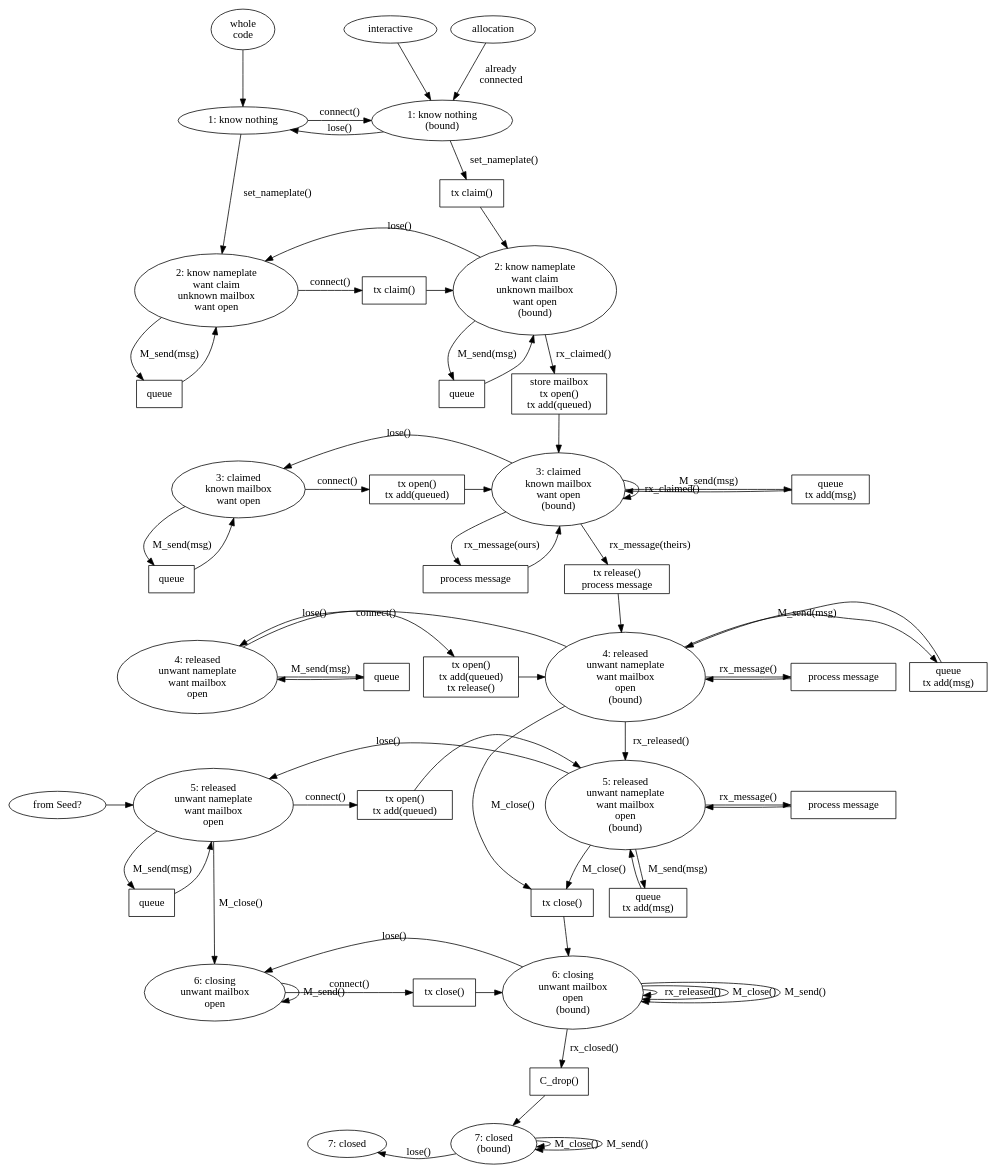
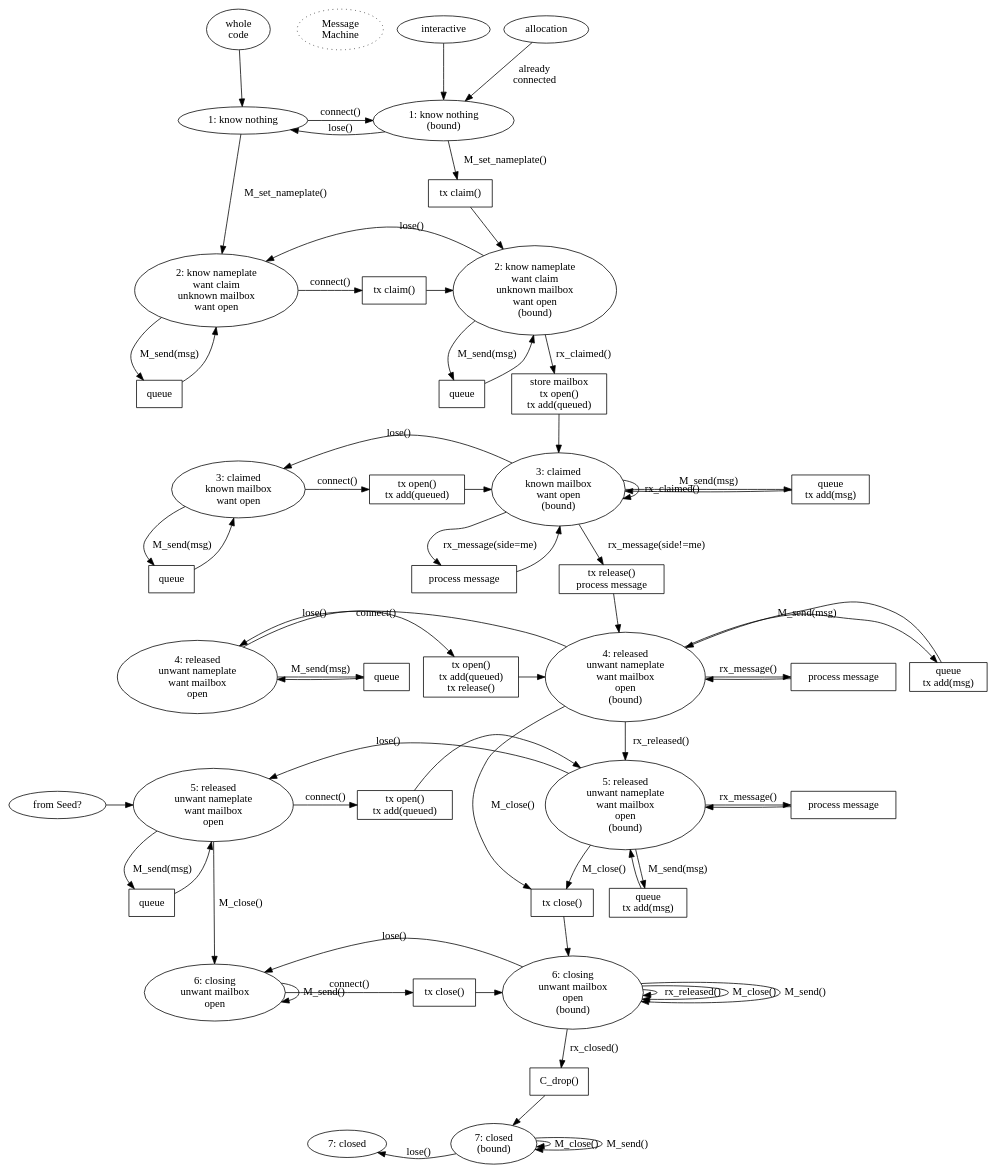
Before and after one commit to magic-wormhole/magic-wormhole: the diagram in docs/w2.dot, drawn with Graphviz.

Commit message:
w2.dot: add M_ prefix

```diff
--- a/docs/w2.dot
+++ b/docs/w2.dot
@@ -1,139 +1,144 @@
 digraph {
         /* new idea */
 
-        foo [label="whole\ncode"]
-        foo -> S1
-        allocation -> S1B [label="already\nconnected"]
-        interactive -> S1B
+        {rank=same; M_entry_whole_code M_title M_entry_allocation M_entry_interactive}
+        M_entry_whole_code [label="whole\ncode"]
+        M_entry_whole_code -> M_S1
+        M_title [label="Message\nMachine" style="dotted"]
+        M_entry_whole_code -> M_title [style="invis"]
+        M_entry_allocation [label="allocation"]
+        M_entry_allocation -> M_S1B [label="already\nconnected"]
+        M_entry_interactive [label="interactive"]
+        M_entry_interactive -> M_S1B
 
-        {rank=same; S1 S1B}
-        S1 [label="1: know nothing"]
-        S1B [label="1: know nothing\n(bound)"]
-        S1 -> S1B [label="connect()"]
-        S1B -> S1 [label="lose()"]
+        {rank=same; M_S1 M_S1B}
+        M_S1 [label="1: know nothing"]
+        M_S1B [label="1: know nothing\n(bound)"]
+        M_S1 -> M_S1B [label="connect()"]
+        M_S1B -> M_S1 [label="lose()"]
 
-        S1 -> S2 [label="set_nameplate()"]
-        S1B -> P_claim1 [label="set_nameplate()"]
-        P_claim1 [shape="box" label="tx claim()"]
-        P_claim1 -> S2B
+        M_S1 -> M_S2 [label="M_set_nameplate()"]
+        M_S1B -> M_P_claim1 [label="M_set_nameplate()"]
+        M_P_claim1 [shape="box" label="tx claim()"]
+        M_P_claim1 -> M_S2B
 
-        {rank=same; S2 S2B P_claim2}
-        S2 [label="2: know nameplate\nwant claim\nunknown mailbox\nwant open"]
-        S2B [label="2: know nameplate\nwant claim\nunknown mailbox\nwant open\n(bound)"]
-        S2 -> P_claim2 [label="connect()"]
-        S2B -> S2 [label="lose()"]
-        P_claim2 [shape="box" label="tx claim()"]
-        P_claim2 -> S2B
-        S2 -> P2_queue [label="M_send(msg)"]
-        P2_queue [shape="box" label="queue"]
-        P2_queue -> S2
-        S2B -> P2B_queue [label="M_send(msg)"]
-        P2B_queue [shape="box" label="queue"]
-        P2B_queue -> S2B
+        {rank=same; M_S2 M_S2B M_P_claim2}
+        M_S2 [label="2: know nameplate\nwant claim\nunknown mailbox\nwant open"]
+        M_S2B [label="2: know nameplate\nwant claim\nunknown mailbox\nwant open\n(bound)"]
+        M_S2 -> M_P_claim2 [label="connect()"]
+        M_S2B -> M_S2 [label="lose()"]
+        M_P_claim2 [shape="box" label="tx claim()"]
+        M_P_claim2 -> M_S2B
+        M_S2 -> M_P2_queue [label="M_send(msg)"]
+        M_P2_queue [shape="box" label="queue"]
+        M_P2_queue -> M_S2
+        M_S2B -> M_P2B_queue [label="M_send(msg)"]
+        M_P2B_queue [shape="box" label="queue"]
+        M_P2B_queue -> M_S2B
 
-        S2 -> S3 [label="(none)" style="invis"]
-        S2B -> P_open [label="rx_claimed()"]
-        P_open [shape="box" label="store mailbox\ntx open()\ntx add(queued)"]
-        P_open -> S3B
+        M_S2 -> M_S3 [label="(none)" style="invis"]
+        M_S2B -> M_P_open [label="rx_claimed()"]
+        M_P_open [shape="box" label="store mailbox\ntx open()\ntx add(queued)"]
+        M_P_open -> M_S3B
 
-        {rank=same; S3 S3B P3_open P3_send}
-        S3 [label="3: claimed\nknown mailbox\nwant open"]
-        S3B [label="3: claimed\nknown mailbox\nwant open\n(bound)"]
-        S3 -> P3_open [label="connect()"]
-        S3B -> S3 [label="lose()"]
-        /*S3B -> S2 [label="lose()"]*/ /* not worth it */
-        P3_open [shape="box" label="tx open()\ntx add(queued)"]
-        P3_open -> S3B
-        S3B -> S3B [label="rx_claimed()"]
-        S3B -> P3_send [label="M_send(msg)"]
-        P3_send [shape="box" label="queue\ntx add(msg)"]
-        P3_send -> S3B
-        S3 -> P3_queue [label="M_send(msg)"]
-        P3_queue [shape="box" label="queue"]
-        P3_queue -> S3
+        {rank=same; M_S3 M_S3B M_P3_open M_P3_send}
+        M_S3 [label="3: claimed\nknown mailbox\nwant open"]
+        M_S3B [label="3: claimed\nknown mailbox\nwant open\n(bound)"]
+        M_S3 -> M_P3_open [label="connect()"]
+        M_S3B -> M_S3 [label="lose()"]
+        /*M_S3B -> M_S2 [label="lose()"]*/ /* not worth it */
+        M_P3_open [shape="box" label="tx open()\ntx add(queued)"]
+        M_P3_open -> M_S3B
+        M_S3B -> M_S3B [label="rx_claimed()"]
+        M_S3B -> M_P3_send [label="M_send(msg)"]
+        M_P3_send [shape="box" label="queue\ntx add(msg)"]
+        M_P3_send -> M_S3B
+        M_S3 -> M_P3_queue [label="M_send(msg)"]
+        M_P3_queue [shape="box" label="queue"]
+        M_P3_queue -> M_S3
 
-        S3 -> S4 [label="(none)" style="invis"]
-        S3B -> P3_process_ours [label="rx_message(ours)"]
-        P3_process_ours [shape="box" label="process message"]
-        P3_process_ours -> S3B
-        S3B -> P3_process_theirs [label="rx_message(theirs)"]
-        P3_process_theirs [shape="box" label="tx release()\nprocess message"]
-        P3_process_theirs -> S4B
+        M_S3 -> M_S4 [label="(none)" style="invis"]
+        M_S3B -> M_P3_process_ours [label="rx_message(side=me)"]
+        M_P3_process_ours [shape="box" label="process message"]
+        M_P3_process_ours -> M_S3B
+        M_S3B -> M_P3_process_theirs [label="rx_message(side!=me)"]
+        M_P3_process_theirs [shape="box" label="tx release()\nprocess message"]
+        M_P3_process_theirs -> M_S4B
 
-        {rank=same; S4 P4_release S4B P4_process P4_send P4_queue}
-        S4 [label="4: released\nunwant nameplate\nwant mailbox\nopen\n"]
+        {rank=same; M_S4 M_P4_release M_S4B M_P4_process M_P4_send M_P4_queue}
+        M_S4 [label="4: released\nunwant nameplate\nwant mailbox\nopen\n"]
 
-        S4B [label="4: released\nunwant nameplate\nwant mailbox\nopen\n(bound)"]
-        S4 -> P4_release [label="connect()"]
+        M_S4B [label="4: released\nunwant nameplate\nwant mailbox\nopen\n(bound)"]
+        M_S4 -> M_P4_release [label="connect()"]
         /* it is currently an error to release a nameplate you aren't
         currently claiming, so release() is not idempotent. #118 fixes that */
-        P4_release [shape="box" label="tx open()\ntx add(queued)\ntx release()"]
-        /*S4B -> S4B [label="rx_claimed() *#118"]*/
-        S4B -> P_close [label="M_close()"]
-        S4B -> P4_send [label="M_send(msg)"]
-        P4_send [shape="box" label="queue\ntx add(msg)"]
-        P4_send -> S4B
-        S4 -> P4_queue [label="M_send(msg)"]
-        P4_queue [shape="box" label="queue"]
-        P4_queue -> S4
+        M_P4_release [shape="box" label="tx open()\ntx add(queued)\ntx release()"]
+        /*M_S4B -> M_S4B [label="rx_claimed() *#118"]*/
+        M_S4B -> M_P_close [label="M_close()"]
+        M_S4B -> M_P4_send [label="M_send(msg)"]
+        M_P4_send [shape="box" label="queue\ntx add(msg)"]
+        M_P4_send -> M_S4B
+        M_S4 -> M_P4_queue [label="M_send(msg)"]
+        M_P4_queue [shape="box" label="queue"]
+        M_P4_queue -> M_S4
 
-        P4_release -> S4B
-        S4B -> S4 [label="lose()"]
-        /*S4B -> S2 [label="lose()"]*/
-        S4B -> P4_process [label="rx_message()"]
-        P4_process [shape="box" label="process message"]
-        P4_process -> S4B
+        M_P4_release -> M_S4B
+        M_S4B -> M_S4 [label="lose()"]
+        /*M_S4B -> M_S2 [label="lose()"]*/
+        M_S4B -> M_P4_process [label="rx_message()"]
+        M_P4_process [shape="box" label="process message"]
+        M_P4_process -> M_S4B
 
-        S4 -> S5 [label="(none)" style="invis"]
-        S4B -> S5B [label="rx_released()"]
+        M_S4 -> M_S5 [label="(none)" style="invis"]
+        M_S4B -> M_S5B [label="rx_released()"]
 
         seed [label="from Seed?"]
-        seed -> S5
-        {rank=same; seed S5 S5B P5_open P5_process}
-        S5 [label="5: released\nunwant nameplate\nwant mailbox\nopen\n"]
-        S5B [label="5: released\nunwant nameplate\nwant mailbox\nopen\n(bound)"]
-        S5 -> P5_open [label="connect()"]
-        P5_open [shape="box" label="tx open()\ntx add(queued)"]
-        P5_open -> S5B
-        S5B -> S5 [label="lose()"]
-        S5B -> P5_process [label="rx_message()"]
-        P5_process [shape="box" label="process message"]
-        P5_process -> S5B
-        S5B -> P5_send [label="M_send(msg)"]
-        P5_send [shape="box" label="queue\ntx add(msg)"]
-        P5_send -> S5B
-        S5 -> P5_queue [label="M_send(msg)"]
-        P5_queue [shape="box" label="queue"]
-        P5_queue -> S5
+        seed -> M_S5
+        {rank=same; seed M_S5 M_S5B M_P5_open M_P5_process}
+        M_S5 [label="5: released\nunwant nameplate\nwant mailbox\nopen\n"]
+        M_S5B [label="5: released\nunwant nameplate\nwant mailbox\nopen\n(bound)"]
+        M_S5 -> M_P5_open [label="connect()"]
+        M_P5_open [shape="box" label="tx open()\ntx add(queued)"]
+        M_P5_open -> M_S5B
+        M_S5B -> M_S5 [label="lose()"]
+        M_S5B -> M_P5_process [label="rx_message()"]
+        M_P5_process [shape="box" label="process message"]
+        M_P5_process -> M_S5B
+        M_S5B -> M_P5_send [label="M_send(msg)"]
+        M_P5_send [shape="box" label="queue\ntx add(msg)"]
+        M_P5_send -> M_S5B
+        M_S5 -> M_P5_queue [label="M_send(msg)"]
+        M_P5_queue [shape="box" label="queue"]
+        M_P5_queue -> M_S5
 
-        S5 -> S6 [label="M_close()"]
-        S5B -> P_close [label="M_close()"]
-        P_close [shape="box" label="tx close()"]
-        P_close -> S6B
+        M_S5 -> M_S6 [label="M_close()"]
+        M_S5B -> M_P_close [label="M_close()"]
+        M_P_close [shape="box" label="tx close()"]
+        M_P_close -> M_S6B
 
-        {rank=same; S6 P6_close S6B}
-        S6 [label="6: closing\nunwant mailbox\nopen\n"]
-        S6B [label="6: closing\nunwant mailbox\nopen\n(bound)"]
-        S6 -> P6_close [label="connect()"]
-        P6_close [shape="box" label="tx close()"]
-        P6_close -> S6B
-        S6B -> S6 [label="lose()"]
-        S6B -> S6B [label="rx_released()"]
-        S6B -> S6B [label="M_close()"]
-        S6B -> S6B [label="M_send()"]
-        S6 -> S6 [label="M_send()"]
+        {rank=same; M_S6 M_P6_close M_S6B}
+        M_S6 [label="6: closing\nunwant mailbox\nopen\n"]
+        M_S6B [label="6: closing\nunwant mailbox\nopen\n(bound)"]
+        M_S6 -> M_P6_close [label="connect()"]
+        M_P6_close [shape="box" label="tx close()"]
+        M_P6_close -> M_S6B
+        M_S6B -> M_S6 [label="lose()"]
+        M_S6B -> M_S6B [label="rx_released()"]
+        M_S6B -> M_S6B [label="M_close()"]
+        M_S6B -> M_S6B [label="M_send()"]
+        M_S6 -> M_S6 [label="M_send()"]
 
-        S6 -> S7 [label="(none)" style="invis"]
-        S6B -> P7_drop [label="rx_closed()"]
-        P7_drop [shape="box" label="C_drop()"]
-        P7_drop -> S7B
+        M_S6 -> M_S7 [label="(none)" style="invis"]
+        M_S6B -> M_P7_drop [label="rx_closed()"]
+        M_P7_drop [shape="box" label="C_drop()"]
+        M_P7_drop -> M_S7B
 
-        {rank=same; S7 S7B}
-        S7 [label="7: closed\n"]
-        S7B [label="7: closed\n(bound)"]
-        S7 -> S7B [label="connect()" style="invis"]
-        S7B -> S7 [label="lose()"]
-        S7B -> S7B [label="M_close()"]
-        S7B -> S7B [label="M_send()"]
+        {rank=same; M_S7 M_S7B}
+        M_S7 [label="7: closed\n"]
+        M_S7B [label="7: closed\n(bound)"]
+        M_S7 -> M_S7B [label="connect()" style="invis"]
+        M_S7B -> M_S7 [label="lose()"]
+        M_S7B -> M_S7B [label="M_close()"]
+        M_S7B -> M_S7B [label="M_send()"]
 
 }
```
